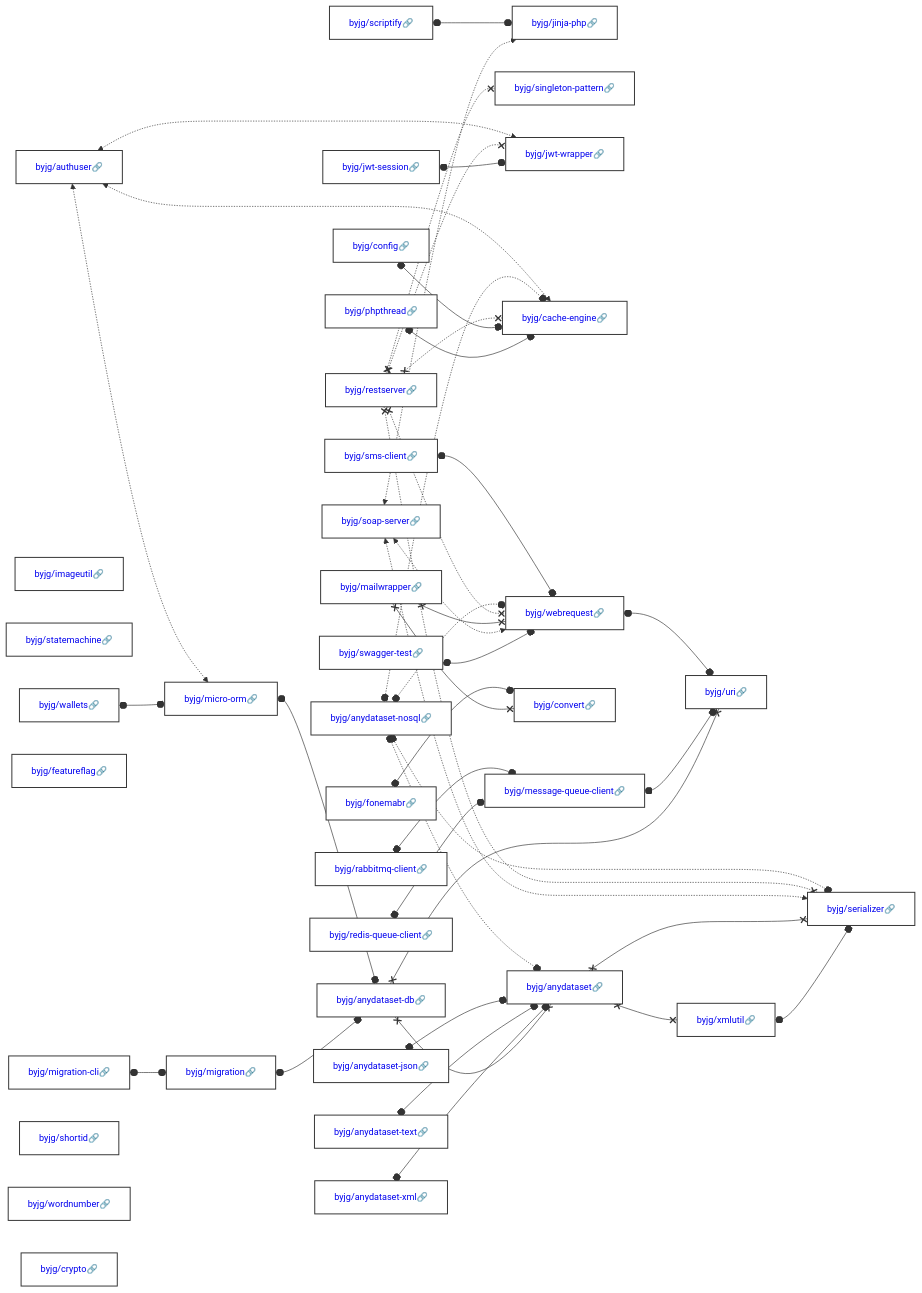
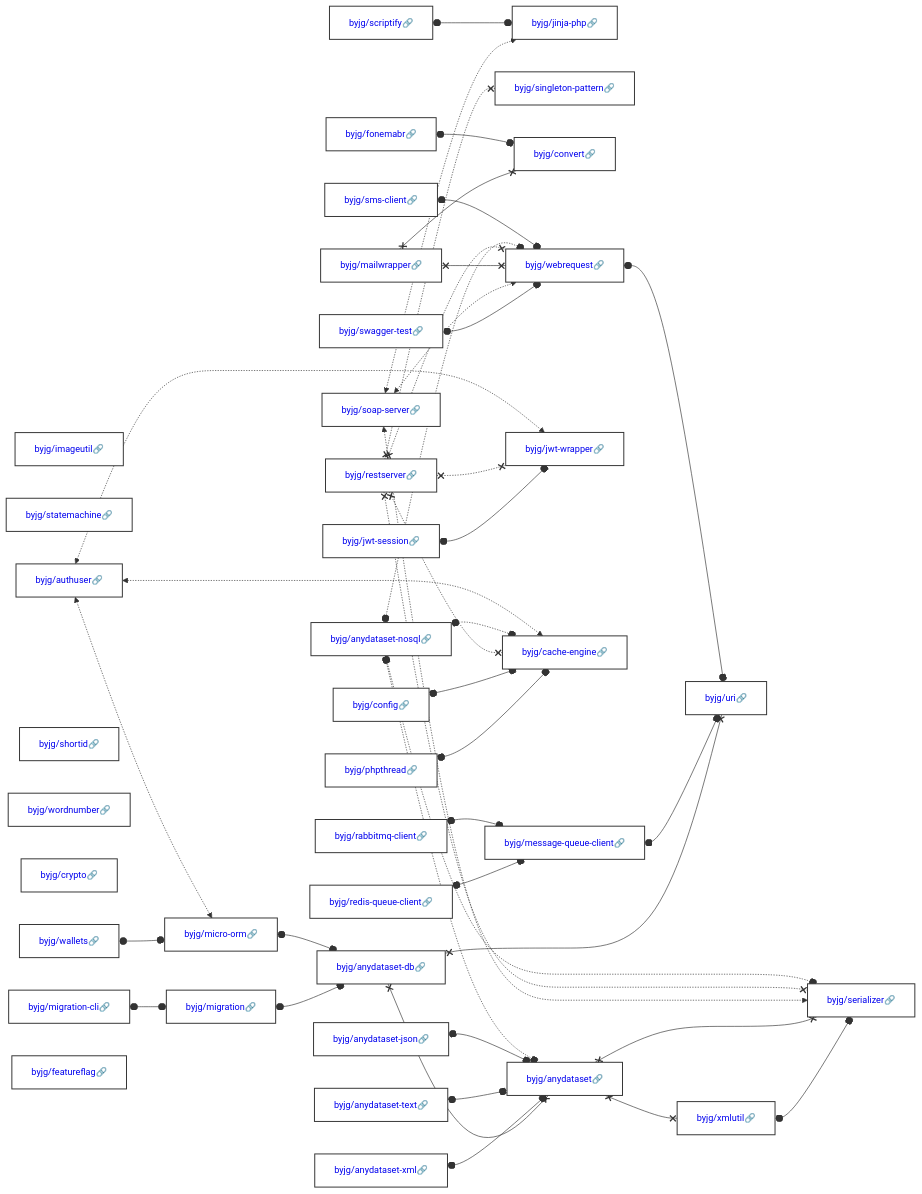
One commit to byjg/byjg.github.io changed the diagram in docs/php/README.md. Above: the diagram before and after it, drawn with Mermaid. The commit also changed other lines of this file and 1 other file, not shown here.

Commit message:
Update documentation 'php' 'php-authuser'

````diff
--- a/docs/php/README.md
+++ b/docs/php/README.md
@@ -3,39 +3,39 @@
 ```mermaid
 graph LR;
-  byjg/anydataset-xml[<a href='https://opensource.byjg.com/docs/php/anydataset-xml' style='text-decoration:none'>byjg/anydataset-xml🔗</a>];
-  byjg/migration-cli[<a href='https://opensource.byjg.com/docs/php/migration-cli' style='text-decoration:none'>byjg/migration-cli🔗</a>];
-  byjg/rabbitmq-client[<a href='https://opensource.byjg.com/docs/php/rabbitmq-client' style='text-decoration:none'>byjg/rabbitmq-client🔗</a>];
+  byjg/soap-server[<a href='https://opensource.byjg.com/docs/php/soap-server' style='text-decoration:none'>byjg/soap-server🔗</a>];
   byjg/imageutil[<a href='https://opensource.byjg.com/docs/php/imageutil' style='text-decoration:none'>byjg/imageutil🔗</a>];
-  byjg/soap-server[<a href='https://opensource.byjg.com/docs/php/soap-server' style='text-decoration:none'>byjg/soap-server🔗</a>];
+  byjg/mailwrapper[<a href='https://opensource.byjg.com/docs/php/mailwrapper' style='text-decoration:none'>byjg/mailwrapper🔗</a>];
+  byjg/config[<a href='https://opensource.byjg.com/docs/php/config' style='text-decoration:none'>byjg/config🔗</a>];
   byjg/scriptify[<a href='https://opensource.byjg.com/docs/php/scriptify' style='text-decoration:none'>byjg/scriptify🔗</a>];
-  byjg/restserver[<a href='https://opensource.byjg.com/docs/php/restserver' style='text-decoration:none'>byjg/restserver🔗</a>];
-  byjg/anydataset-nosql[<a href='https://opensource.byjg.com/docs/php/anydataset-nosql' style='text-decoration:none'>byjg/anydataset-nosql🔗</a>];
-  byjg/config[<a href='https://opensource.byjg.com/docs/php/config' style='text-decoration:none'>byjg/config🔗</a>];
   byjg/statemachine[<a href='https://opensource.byjg.com/docs/php/statemachine' style='text-decoration:none'>byjg/statemachine🔗</a>];
-  byjg/authuser[<a href='https://opensource.byjg.com/docs/php/authuser' style='text-decoration:none'>byjg/authuser🔗</a>];
-  byjg/jwt-session[<a href='https://opensource.byjg.com/docs/php/jwt-session' style='text-decoration:none'>byjg/jwt-session🔗</a>];
-  byjg/featureflag[<a href='https://opensource.byjg.com/docs/php/featureflag' style='text-decoration:none'>byjg/featureflag🔗</a>];
-  byjg/swagger-test[<a href='https://opensource.byjg.com/docs/php/swagger-test' style='text-decoration:none'>byjg/swagger-test🔗</a>];
   byjg/wallets[<a href='https://opensource.byjg.com/docs/php/wallets' style='text-decoration:none'>byjg/wallets🔗</a>];
-  byjg/sms-client[<a href='https://opensource.byjg.com/docs/php/sms-client' style='text-decoration:none'>byjg/sms-client🔗</a>];
-  byjg/fonemabr[<a href='https://opensource.byjg.com/docs/php/fonemabr' style='text-decoration:none'>byjg/fonemabr🔗</a>];
   byjg/shortid[<a href='https://opensource.byjg.com/docs/php/shortid' style='text-decoration:none'>byjg/shortid🔗</a>];
   byjg/wordnumber[<a href='https://opensource.byjg.com/docs/php/wordnumber' style='text-decoration:none'>byjg/wordnumber🔗</a>];
+  byjg/anydataset-nosql[<a href='https://opensource.byjg.com/docs/php/anydataset-nosql' style='text-decoration:none'>byjg/anydataset-nosql🔗</a>];
+  byjg/restserver[<a href='https://opensource.byjg.com/docs/php/restserver' style='text-decoration:none'>byjg/restserver🔗</a>];
+  byjg/sms-client[<a href='https://opensource.byjg.com/docs/php/sms-client' style='text-decoration:none'>byjg/sms-client🔗</a>];
+  byjg/redis-queue-client[<a href='https://opensource.byjg.com/docs/php/redis-queue-client' style='text-decoration:none'>byjg/redis-queue-client🔗</a>];
+  byjg/crypto[<a href='https://opensource.byjg.com/docs/php/crypto' style='text-decoration:none'>byjg/crypto🔗</a>];
+  byjg/jwt-session[<a href='https://opensource.byjg.com/docs/php/jwt-session' style='text-decoration:none'>byjg/jwt-session🔗</a>];
+  byjg/anydataset-json[<a href='https://opensource.byjg.com/docs/php/anydataset-json' style='text-decoration:none'>byjg/anydataset-json🔗</a>];
+  byjg/fonemabr[<a href='https://opensource.byjg.com/docs/php/fonemabr' style='text-decoration:none'>byjg/fonemabr🔗</a>];
+  byjg/migration-cli[<a href='https://opensource.byjg.com/docs/php/migration-cli' style='text-decoration:none'>byjg/migration-cli🔗</a>];
+  byjg/swagger-test[<a href='https://opensource.byjg.com/docs/php/swagger-test' style='text-decoration:none'>byjg/swagger-test🔗</a>];
+  byjg/authuser[<a href='https://opensource.byjg.com/docs/php/authuser' style='text-decoration:none'>byjg/authuser🔗</a>];
+  byjg/featureflag[<a href='https://opensource.byjg.com/docs/php/featureflag' style='text-decoration:none'>byjg/featureflag🔗</a>];
   byjg/anydataset-text[<a href='https://opensource.byjg.com/docs/php/anydataset-text' style='text-decoration:none'>byjg/anydataset-text🔗</a>];
+  byjg/anydataset-xml[<a href='https://opensource.byjg.com/docs/php/anydataset-xml' style='text-decoration:none'>byjg/anydataset-xml🔗</a>];
   byjg/phpthread[<a href='https://opensource.byjg.com/docs/php/phpthread' style='text-decoration:none'>byjg/phpthread🔗</a>];
-  byjg/redis-queue-client[<a href='https://opensource.byjg.com/docs/php/redis-queue-client' style='text-decoration:none'>byjg/redis-queue-client🔗</a>];
-  byjg/mailwrapper[<a href='https://opensource.byjg.com/docs/php/mailwrapper' style='text-decoration:none'>byjg/mailwrapper🔗</a>];
-  byjg/crypto[<a href='https://opensource.byjg.com/docs/php/crypto' style='text-decoration:none'>byjg/crypto🔗</a>];
-  byjg/anydataset-json[<a href='https://opensource.byjg.com/docs/php/anydataset-json' style='text-decoration:none'>byjg/anydataset-json🔗</a>];
-  byjg/migration[<a href='https://opensource.byjg.com/docs/php/migration' style='text-decoration:none'>byjg/migration🔗</a>];
+  byjg/rabbitmq-client[<a href='https://opensource.byjg.com/docs/php/rabbitmq-client' style='text-decoration:none'>byjg/rabbitmq-client🔗</a>];
   byjg/jinja-php[<a href='https://opensource.byjg.com/docs/php/jinja-php' style='text-decoration:none'>byjg/jinja-php🔗</a>];
   byjg/singleton-pattern[<a href='https://opensource.byjg.com/docs/php/singleton-pattern' style='text-decoration:none'>byjg/singleton-pattern🔗</a>];
+  byjg/convert[<a href='https://opensource.byjg.com/docs/php/convert' style='text-decoration:none'>byjg/convert🔗</a>];
+  byjg/migration[<a href='https://opensource.byjg.com/docs/php/migration' style='text-decoration:none'>byjg/migration🔗</a>];
+  byjg/webrequest[<a href='https://opensource.byjg.com/docs/php/webrequest' style='text-decoration:none'>byjg/webrequest🔗</a>];
+  byjg/micro-orm[<a href='https://opensource.byjg.com/docs/php/micro-orm' style='text-decoration:none'>byjg/micro-orm🔗</a>];
   byjg/jwt-wrapper[<a href='https://opensource.byjg.com/docs/php/jwt-wrapper' style='text-decoration:none'>byjg/jwt-wrapper🔗</a>];
-  byjg/micro-orm[<a href='https://opensource.byjg.com/docs/php/micro-orm' style='text-decoration:none'>byjg/micro-orm🔗</a>];
   byjg/cache-engine[<a href='https://opensource.byjg.com/docs/php/cache-engine' style='text-decoration:none'>byjg/cache-engine🔗</a>];
   byjg/message-queue-client[<a href='https://opensource.byjg.com/docs/php/message-queue-client' style='text-decoration:none'>byjg/message-queue-client🔗</a>];
-  byjg/convert[<a href='https://opensource.byjg.com/docs/php/convert' style='text-decoration:none'>byjg/convert🔗</a>];
-  byjg/webrequest[<a href='https://opensource.byjg.com/docs/php/webrequest' style='text-decoration:none'>byjg/webrequest🔗</a>];
   byjg/anydataset-db[<a href='https://opensource.byjg.com/docs/php/anydataset-db' style='text-decoration:none'>byjg/anydataset-db🔗</a>];
   byjg/anydataset[<a href='https://opensource.byjg.com/docs/php/anydataset' style='text-decoration:none'>byjg/anydataset🔗</a>];
   byjg/uri[<a href='https://opensource.byjg.com/docs/php/uri' style='text-decoration:none'>byjg/uri🔗</a>];
````
